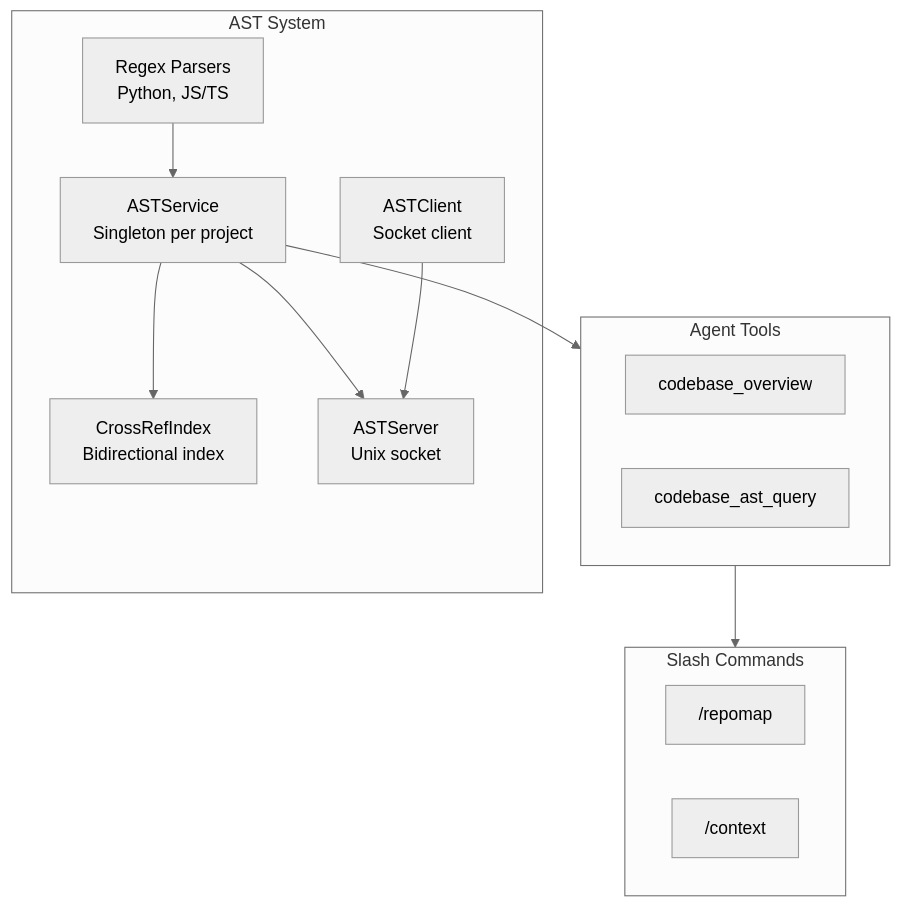
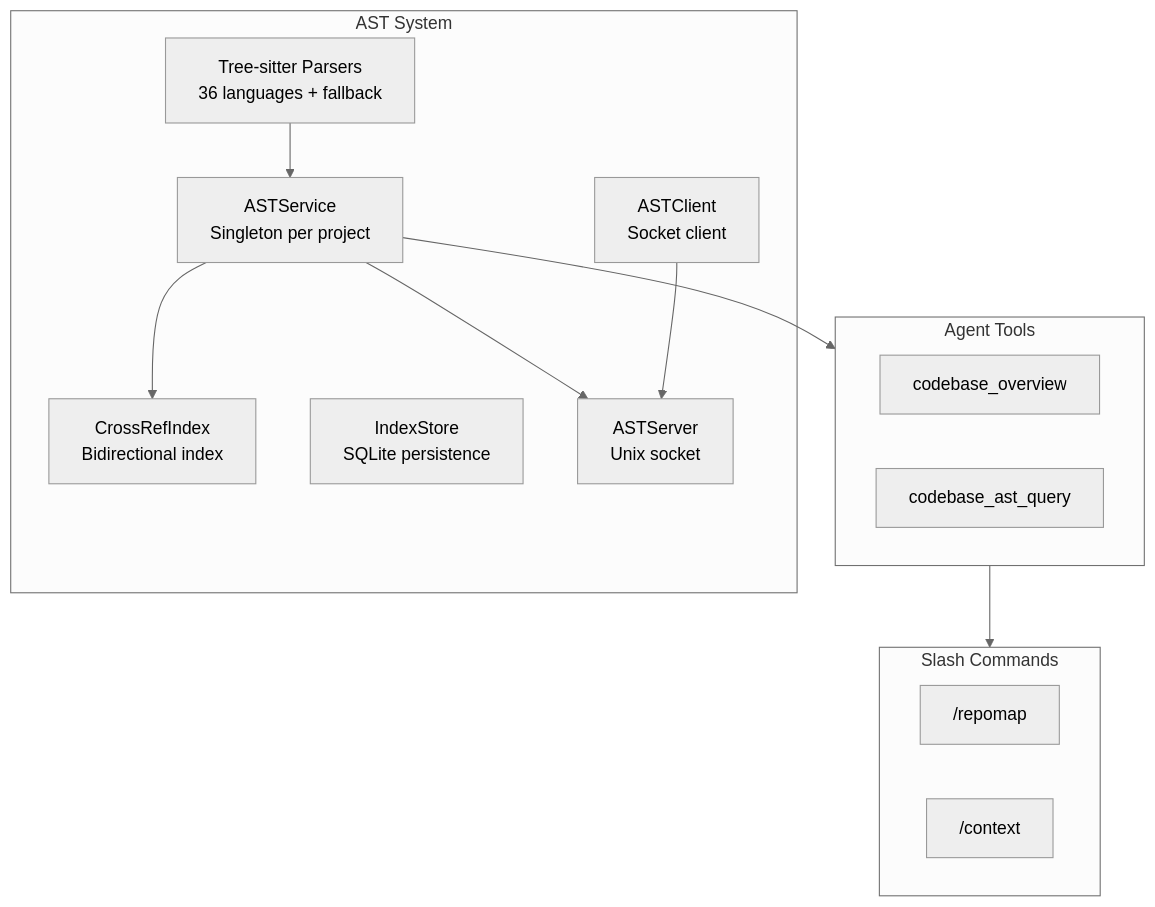
Before and after one commit to eren23/attocode: the first of 2 diagrams in docs/ast-and-code-intelligence.md, drawn with Mermaid (neutral theme). The commit also changed other lines of this file and 6 other files, not shown here.

````diff
--- a/docs/ast-and-code-intelligence.md
+++ b/docs/ast-and-code-intelligence.md
@@ -15,27 +15,28 @@
 ```mermaid
 flowchart TB
     subgraph AST["AST System"]
-        Parser[Regex Parsers<br/>Python, JS/TS]
+        Parser[Tree-sitter Parsers<br/>36 languages + fallback]
         Service[ASTService<br/>Singleton per project]
         Index[CrossRefIndex<br/>Bidirectional index]
+        Store[IndexStore<br/>SQLite persistence]
         Server[ASTServer<br/>Unix socket]
         Client[ASTClient<br/>Socket client]
     end
 
     subgraph Tools["Agent Tools"]
         Overview[codebase_overview]
         Query[codebase_ast_query]
     end
 
     subgraph Commands["Slash Commands"]
         Repomap["/repomap"]
         Context["/context"]
     end
 
     Parser --> Service
     Service --> Index
     Service --> Server
     Client --> Server
     Service --> Tools
     Tools --> Commands
 ```
````
